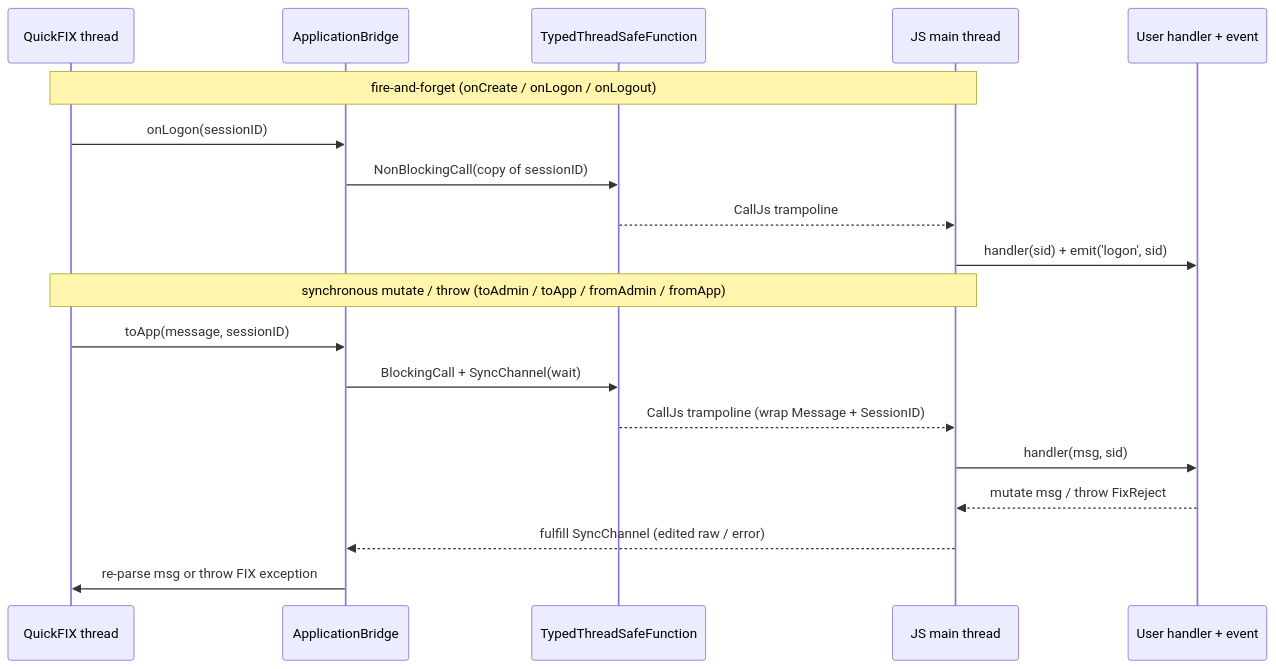
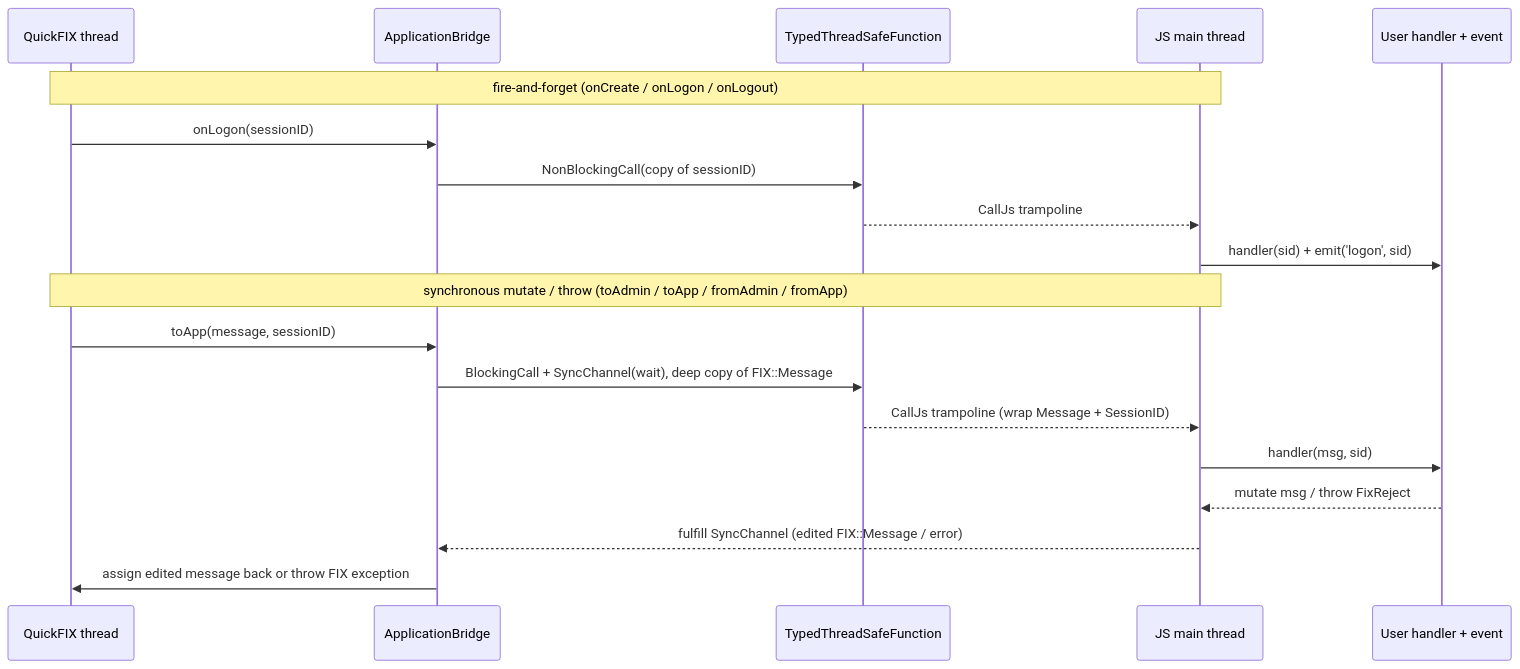
Before and after one commit to homaiohq/napi-quickfix: the fourth of 7 diagrams in ARCHITECTURE.md, drawn with Mermaid. The commit also changed other lines of this file and 20 other files, not shown here.

````diff
--- a/ARCHITECTURE.md
+++ b/ARCHITECTURE.md
@@ -112,23 +112,23 @@
 ```mermaid
 sequenceDiagram
   participant QF as QuickFIX thread
   participant BR as ApplicationBridge
   participant TSFN as TypedThreadSafeFunction
   participant JS as JS main thread
   participant H as User handler + event
 
   Note over QF,JS: fire-and-forget (onCreate / onLogon / onLogout)
   QF->>BR: onLogon(sessionID)
   BR->>TSFN: NonBlockingCall(copy of sessionID)
   TSFN-->>JS: CallJs trampoline
   JS->>H: handler(sid) + emit('logon', sid)
 
   Note over QF,JS: synchronous mutate / throw (toAdmin / toApp / fromAdmin / fromApp)
   QF->>BR: toApp(message, sessionID)
-  BR->>TSFN: BlockingCall + SyncChannel(wait)
+  BR->>TSFN: BlockingCall + SyncChannel(wait), deep copy of FIX::Message
   TSFN-->>JS: CallJs trampoline (wrap Message + SessionID)
   JS->>H: handler(msg, sid)
   H-->>JS: mutate msg / throw FixReject
-  JS-->>BR: fulfill SyncChannel (edited raw / error)
-  BR->>QF: re-parse msg or throw FIX exception
+  JS-->>BR: fulfill SyncChannel (edited FIX::Message / error)
+  BR->>QF: assign edited message back or throw FIX exception
 ```
````
